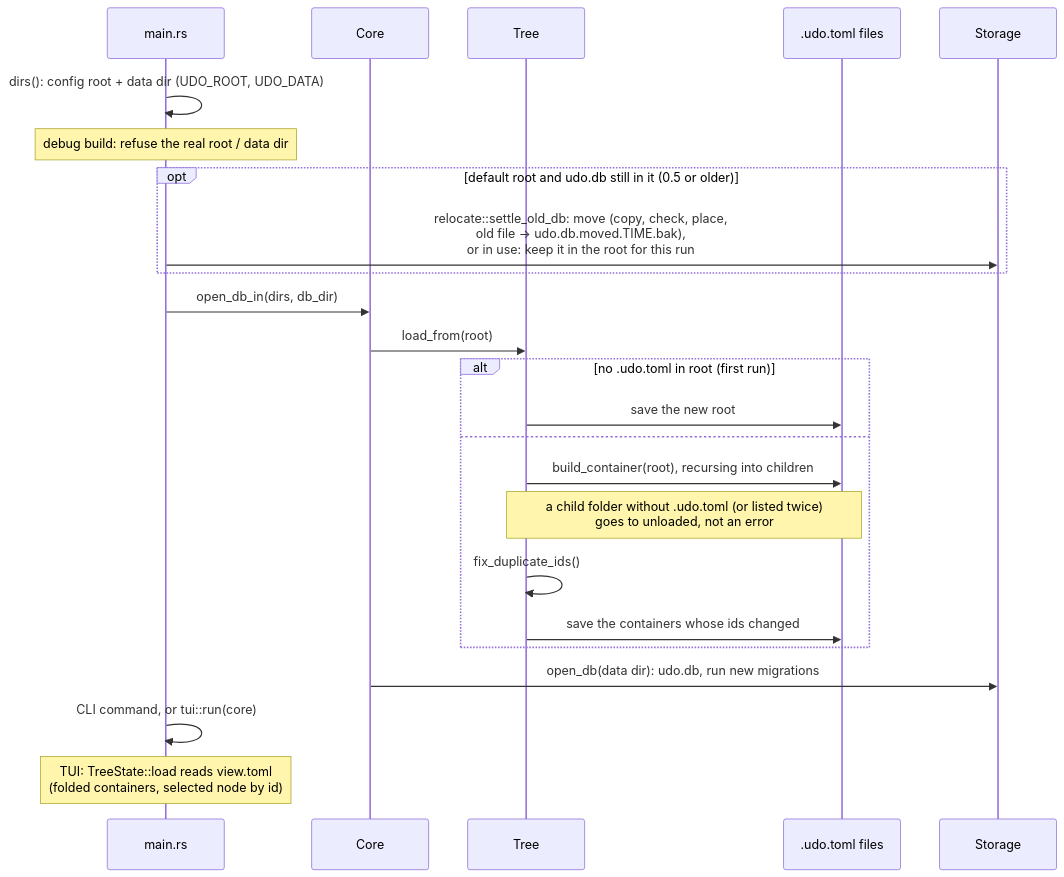
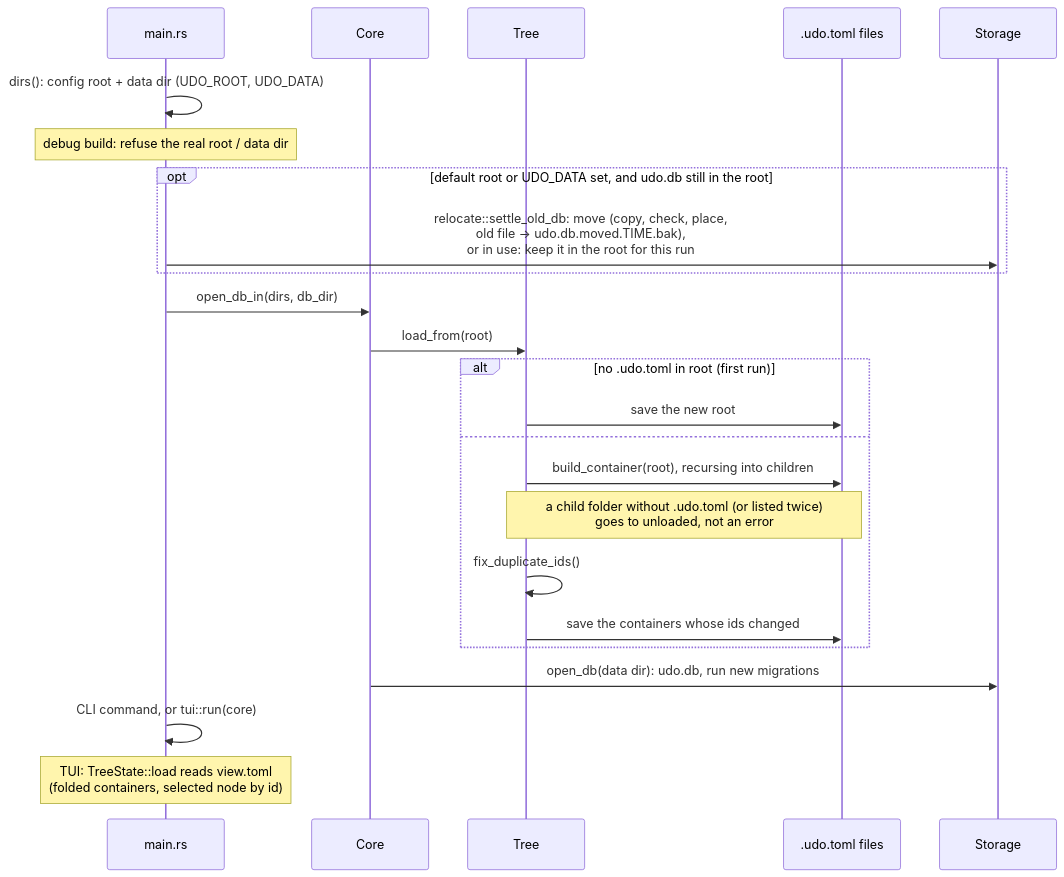
One commit to jqyDee/udo changed the first of 6 diagrams in docs/architecture/flows.md. Above: the diagram before and after it, drawn with Mermaid. The commit also changed 4 other files, not shown here.

Commit message:
fix(dir): UDO_DATA moves udo.db from any root; home dir optional (#93)

````diff
--- a/docs/architecture/flows.md
+++ b/docs/architecture/flows.md
@@ -14,27 +14,27 @@
 ```mermaid
 sequenceDiagram
     participant main as main.rs
     participant Core
     participant Tree
     participant fs as .udo.toml files
     participant Storage
 
     main->>main: dirs(): config root + data dir (UDO_ROOT, UDO_DATA)
     Note over main: debug build: refuse the real root / data dir
-    opt default root and udo.db still in it (0.5 or older)
+    opt default root or UDO_DATA set, and udo.db still in the root
         main->>Storage: relocate::settle_old_db: move (copy, check, place,<br/>old file → udo.db.moved.TIME.bak),<br/>or in use: keep it in the root for this run
     end
     main->>Core: open_db_in(dirs, db_dir)
     Core->>Tree: load_from(root)
     alt no .udo.toml in root (first run)
         Tree->>fs: save the new root
     else
         Tree->>fs: build_container(root), recursing into children
         Note over Tree,fs: a child folder without .udo.toml (or listed twice)<br/>goes to unloaded, not an error
         Tree->>Tree: fix_duplicate_ids()
         Tree->>fs: save the containers whose ids changed
     end
     Core->>Storage: open_db(data dir): udo.db, run new migrations
     main->>main: CLI command, or tui::run(core)
     Note over main: TUI: TreeState::load reads view.toml<br/>(folded containers, selected node by id)
 ```
````
